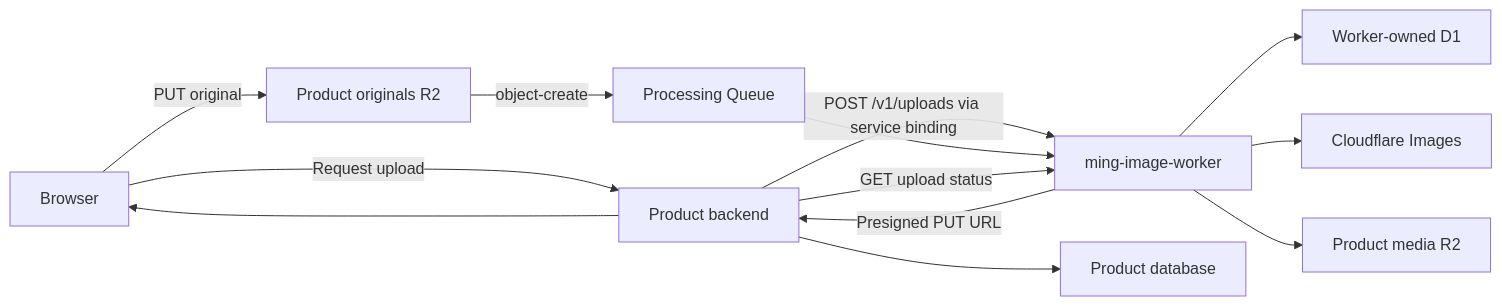
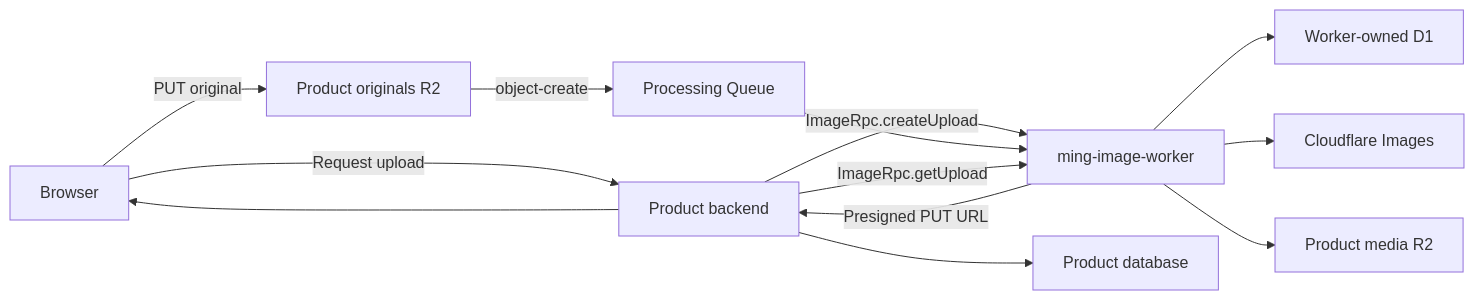
One commit to jmurga97/ming-image-worker changed the first of 2 diagrams in README.md. Above: the diagram before and after it, drawn with Mermaid. The commit also changed other lines of this file and 29 other files, not shown here.

Commit message:
SIMPLIFY WORKER by invoking it with rpc calls

````diff
--- a/README.md
+++ b/README.md
@@ -47,15 +48,15 @@
 ```mermaid
 flowchart LR
     B["Browser"] -->|"Request upload"| P["Product backend"]
-    P -->|"POST /v1/uploads via service binding"| W["ming-image-worker"]
+    P -->|"ImageRpc.createUpload"| W["ming-image-worker"]
     W --> D1["Worker-owned D1"]
     W -->|"Presigned PUT URL"| P
     P --> B
     B -->|"PUT original"| R2O["Product originals R2"]
     R2O -->|"object-create"| Q["Processing Queue"]
     Q --> W
     W --> I["Cloudflare Images"]
     W --> R2M["Product media R2"]
-    P -->|"GET upload status"| W
+    P -->|"ImageRpc.getUpload"| W
     P --> DB["Product database"]
 ```
````
